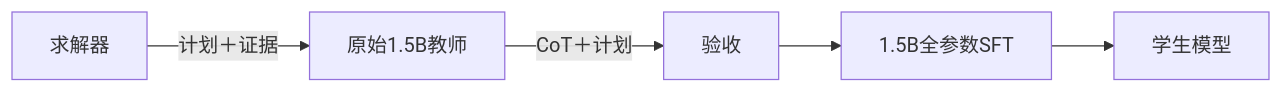
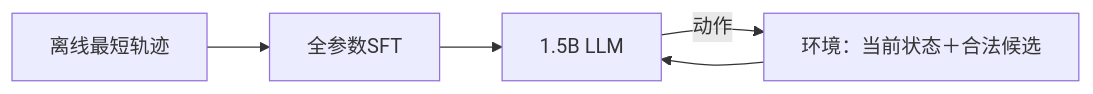
The diagram in docs/LLM_SFT_PLAN.md (Harryking1999/grounded-llm), drawn with Mermaid before and after one commit. The commit also changed other lines of this file, not shown here.

````diff
--- a/docs/LLM_SFT_PLAN.md
+++ b/docs/LLM_SFT_PLAN.md
@@ -5,7 +13,6 @@
 ```mermaid
 flowchart LR
-    S["求解器"] -->|"计划＋证据"| T["原始1.5B教师"]
-    T -->|"CoT＋计划"| V["验收"]
-    V --> F["1.5B全参数SFT"]
-    F --> M["学生模型"]
+    O["离线最短轨迹"] --> S["全参数SFT"] --> L["1.5B LLM"]
+    E["环境：当前状态＋合法候选"] --> L
+    L -->|"动作"| E
 ```
````
